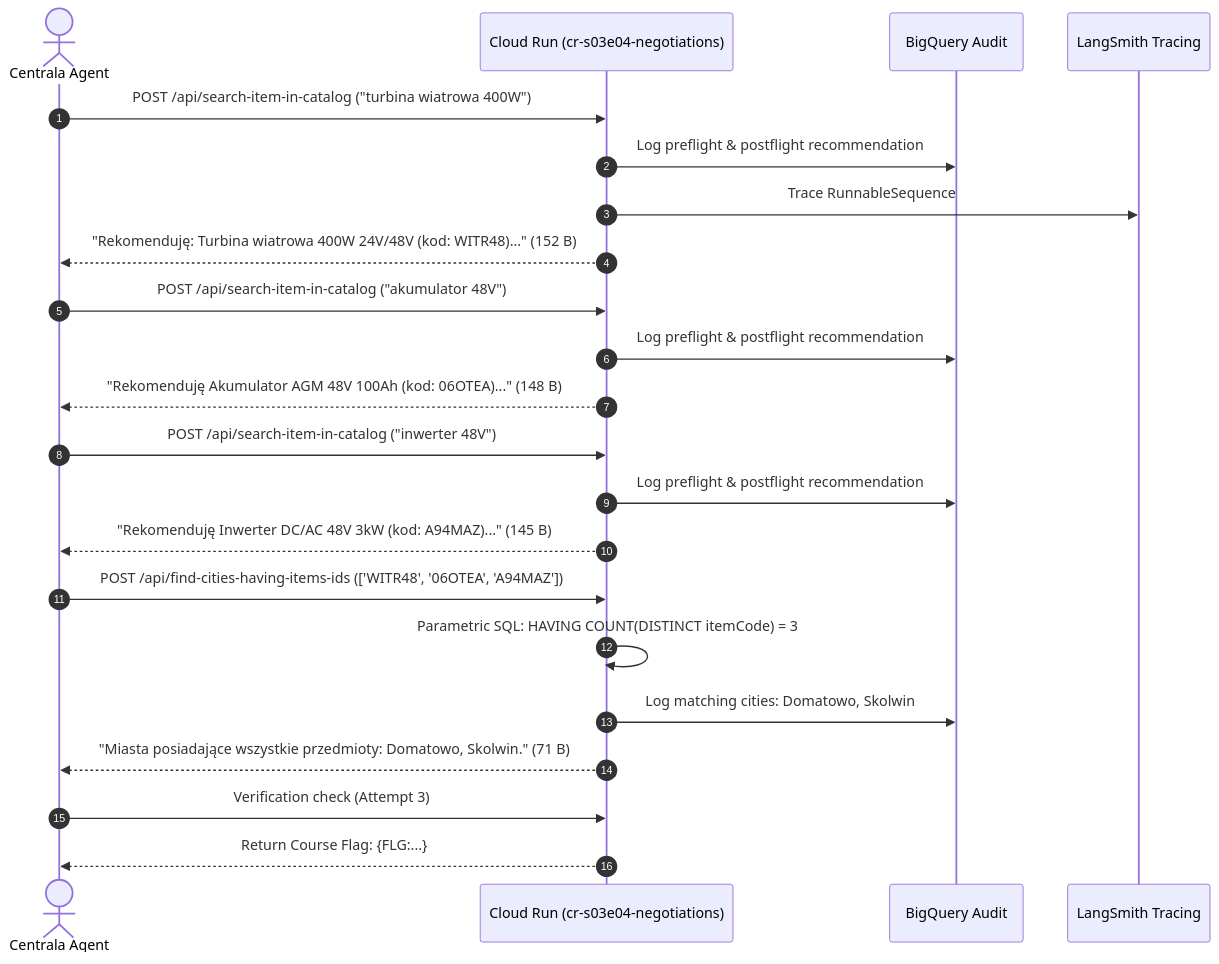
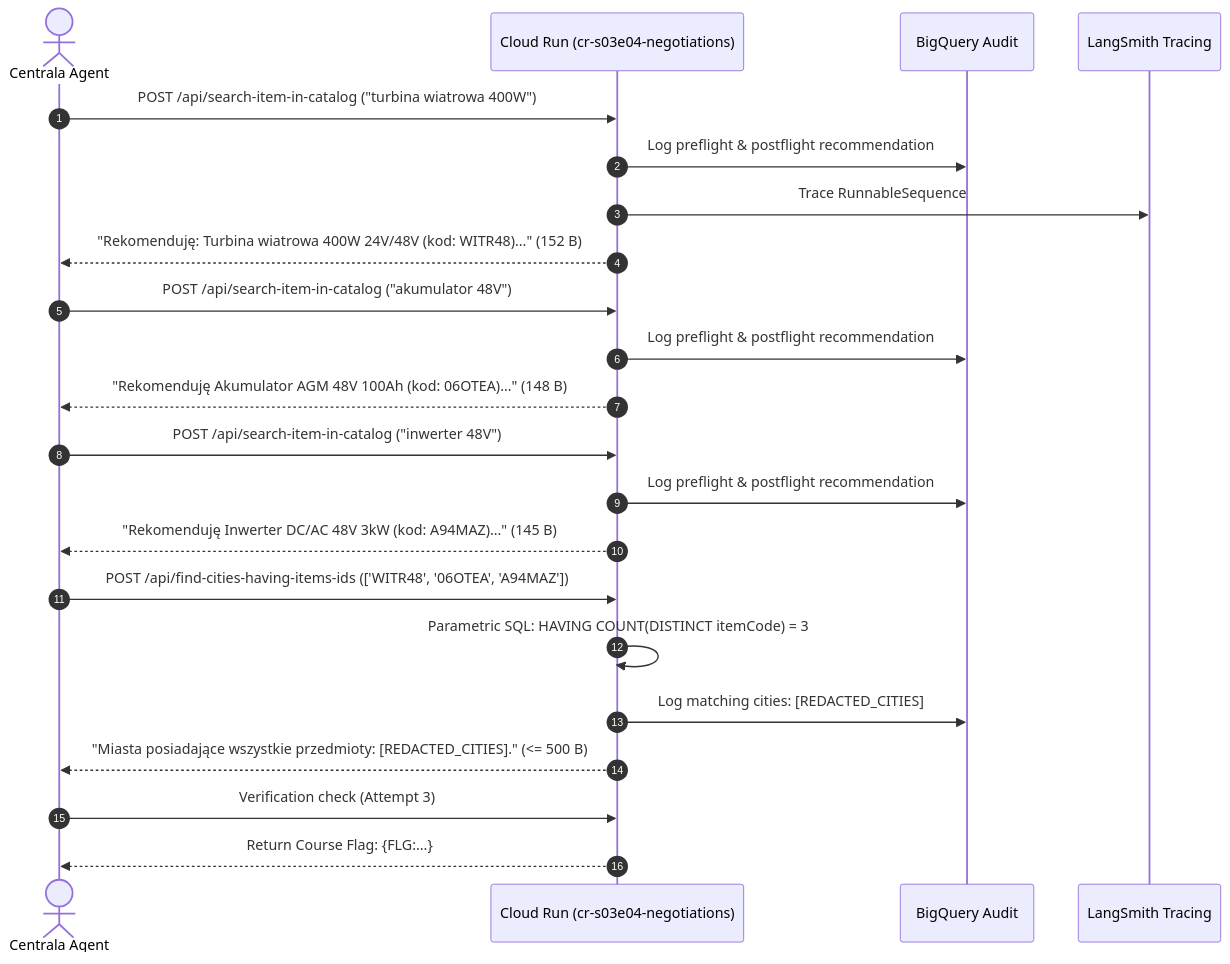
The first of 2 diagrams in lessons/s03e04-budowanie-narzedzi-na-podstawie-danych-testowych/lab-report-and-conclusions.md (arturroo/af-aidevs), drawn with Mermaid before and after one commit. The commit also changed other lines of this file and 12 other files, not shown here.

````diff
--- a/lessons/s03e04-budowanie-narzedzi-na-podstawie-danych-testowych/lab-report-and-conclusions.md
+++ b/lessons/s03e04-budowanie-narzedzi-na-podstawie-danych-testowych/lab-report-and-conclusions.md
@@ -30,29 +30,29 @@
 ```mermaid
 sequenceDiagram
     autonumber
     actor Centrala as Centrala Agent
     participant CR as Cloud Run (cr-s03e04-negotiations)
     participant BQ as BigQuery Audit
     participant LS as LangSmith Tracing
 
     Centrala->>CR: POST /api/search-item-in-catalog ("turbina wiatrowa 400W")
     CR->>BQ: Log preflight & postflight recommendation
     CR->>LS: Trace RunnableSequence
     CR-->>Centrala: "Rekomenduję: Turbina wiatrowa 400W 24V/48V (kod: WITR48)..." (152 B)
 
     Centrala->>CR: POST /api/search-item-in-catalog ("akumulator 48V")
     CR->>BQ: Log preflight & postflight recommendation
     CR-->>Centrala: "Rekomenduję Akumulator AGM 48V 100Ah (kod: 06OTEA)..." (148 B)
 
     Centrala->>CR: POST /api/search-item-in-catalog ("inwerter 48V")
     CR->>BQ: Log preflight & postflight recommendation
     CR-->>Centrala: "Rekomenduję Inwerter DC/AC 48V 3kW (kod: A94MAZ)..." (145 B)
 
     Centrala->>CR: POST /api/find-cities-having-items-ids (['WITR48', '06OTEA', 'A94MAZ'])
     CR->>CR: Parametric SQL: HAVING COUNT(DISTINCT itemCode) = 3
-    CR->>BQ: Log matching cities: Domatowo, Skolwin
-    CR-->>Centrala: "Miasta posiadające wszystkie przedmioty: Domatowo, Skolwin." (71 B)
+    CR->>BQ: Log matching cities: [REDACTED_CITIES]
+    CR-->>Centrala: "Miasta posiadające wszystkie przedmioty: [REDACTED_CITIES]." (<= 500 B)
 
     Centrala->>CR: Verification check (Attempt 3)
     CR-->>Centrala: Return Course Flag: {FLG:...}
 ```
````
